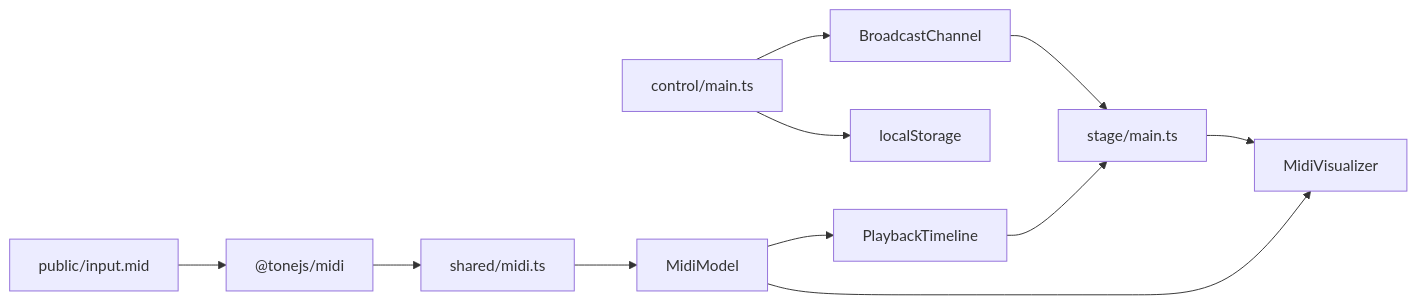
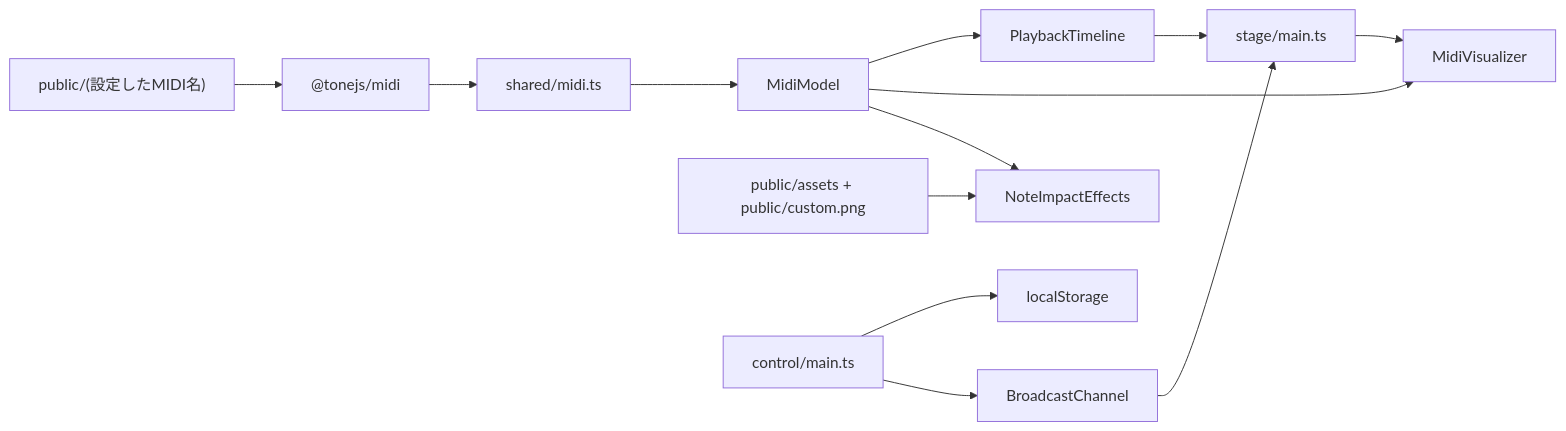
The first of 2 diagrams in docs/07-architecture.md (clockroom/midi2visual), drawn with Mermaid before and after one commit. The commit also changed other lines of this file and 24 other files, not shown here.

First line of the commit message:
feat: add note impact effects with custom texture support

````diff
--- a/docs/07-architecture.md
+++ b/docs/07-architecture.md
@@ -129,13 +149,15 @@
 ```mermaid
 flowchart LR
-	SMF["public/input.mid"] --> Parser["@tonejs/midi"]
+	SMF["public/(設定したMIDI名)"] --> Parser["@tonejs/midi"]
 	Parser --> Normalizer["shared/midi.ts"]
 	Normalizer --> Model["MidiModel"]
 	Model --> Timeline["PlaybackTimeline"]
 	Model --> Visualizer["MidiVisualizer"]
+	Assets["public/assets + public/custom.png"] --> Effects["NoteImpactEffects"]
+	Model --> Effects
 	Timeline --> Stage["stage/main.ts"]
 	Stage --> Visualizer
 	Control["control/main.ts"] --> Storage["localStorage"]
 	Control --> Channel["BroadcastChannel"]
 	Channel --> Stage
 ```
````
